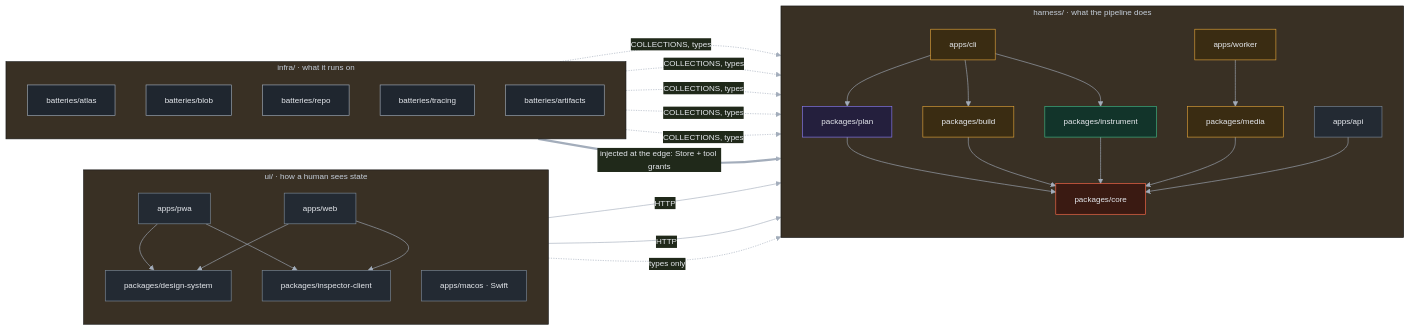
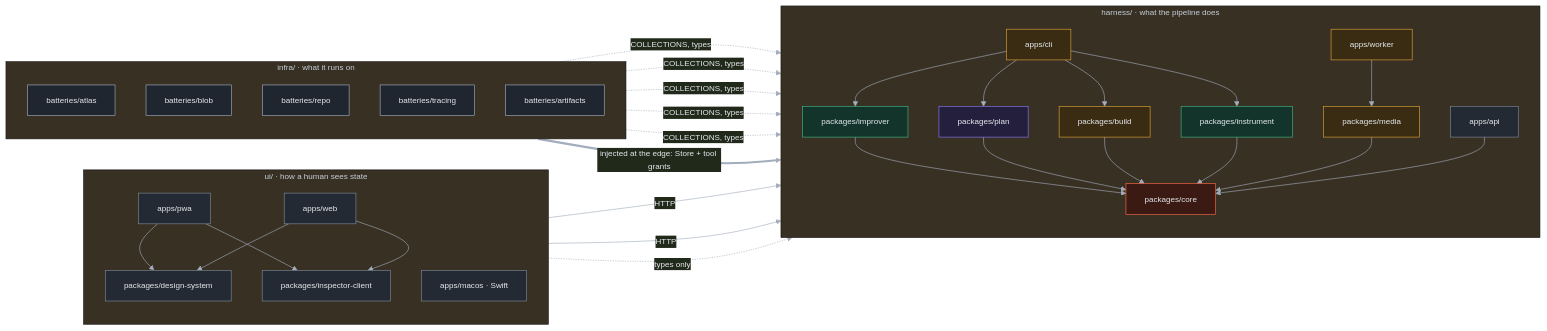
The second of 9 diagrams in docs/10-architecture.md (pastarita/3pt), drawn with Mermaid before and after one commit. The commit also changed other lines of this file and 24 other files, not shown here.

````diff
--- a/docs/10-architecture.md
+++ b/docs/10-architecture.md
@@ -114,47 +123,49 @@
 ```mermaid
 %%{init: {"theme":"base","themeVariables":{"background":"#0f1216","primaryColor":"#1a2029","primaryTextColor":"#e6e9ee","primaryBorderColor":"#3a4552","lineColor":"#a3adbb","fontFamily":"ui-monospace, Menlo, monospace","fontSize":"13px"}}}%%
 flowchart LR
   subgraph UI["ui/  ·  how a human sees state"]
     direction TB
     PWA[apps/pwa]:::surface
     WEB[apps/web]:::surface
     MAC[apps/macos · Swift]:::surface
     DS[packages/design-system]:::surface
     IC[packages/inspector-client]:::surface
     PWA --> DS & IC
     WEB --> DS & IC
   end
   subgraph H["harness/  ·  what the pipeline does"]
     direction TB
     CLI[apps/cli]:::build
     API[apps/api]:::surface
     WK[apps/worker]:::build
     PL[packages/plan]:::plan
     BU[packages/build]:::build
     IN[packages/instrument]:::inst
     ME[packages/media]:::build
+    IMP[packages/improver]:::inst
     CORE[packages/core]:::flag
-    CLI --> PL & BU & IN
+    CLI --> PL & BU & IN & IMP
+    IMP --> CORE
     WK --> ME
     PL & BU & IN & ME & API --> CORE
   end
   subgraph INF["infra/  ·  what it runs on"]
     direction TB
     BA[batteries/atlas]:::battery
     BB[batteries/blob]:::battery
     BR[batteries/repo]:::battery
     BT[batteries/tracing]:::battery
     BF[batteries/artifacts]:::battery
   end
   IC -->|"HTTP"| API
   MAC -->|"HTTP"| API
   IC -.->|types only| CORE
   BA & BB & BR & BT & BF -.->|"COLLECTIONS, types"| CORE
   INF ==>|"injected at the edge: Store + tool grants"| CLI
   classDef plan fill:#241f3d,stroke:#8b7cf6,color:#e6e9ee
   classDef build fill:#3a2c12,stroke:#e0a33a,color:#e6e9ee
   classDef inst fill:#12342a,stroke:#3fb886,color:#e6e9ee
   classDef surface fill:#232a33,stroke:#7d8a99,color:#e6e9ee
   classDef battery fill:#1f262f,stroke:#a3adbb,color:#e6e9ee
   classDef flag fill:#3a1a12,stroke:#ff6b4a,color:#e6e9ee
 ```
````
